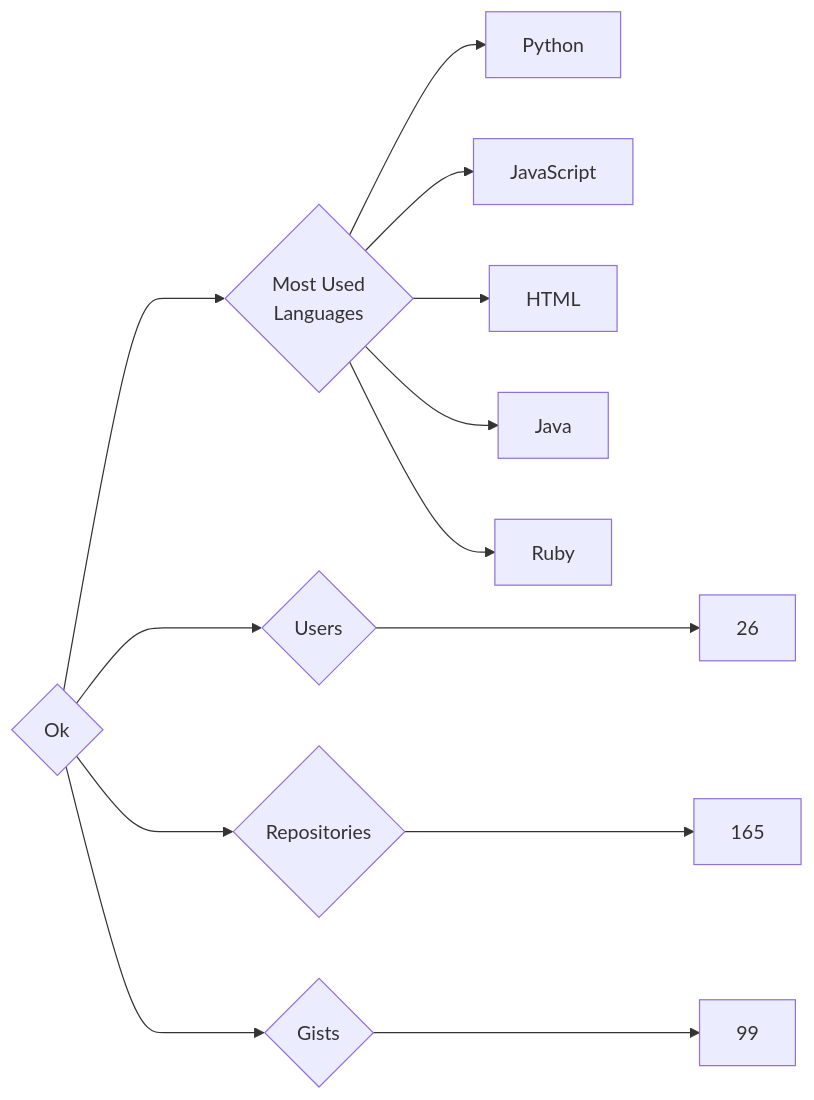
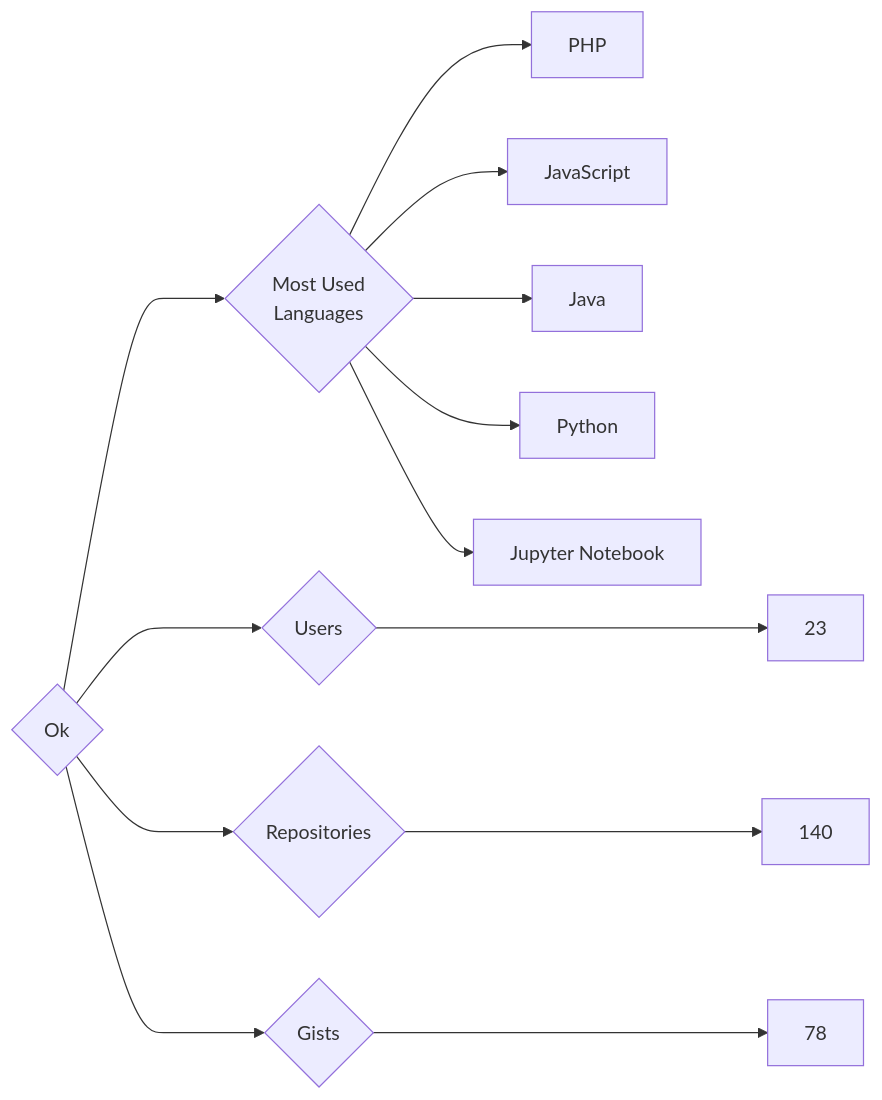
One commit to trickest/insiders changed the diagram in targets/Ok/README.md. Above: the diagram before and after it, drawn with Mermaid. The commit also changed 814 other files, not shown here.

````diff
--- a/targets/Ok/README.md
+++ b/targets/Ok/README.md
@@ -3,13 +3,13 @@
 ```mermaid
 graph LR
 COMPANY_NAME{Ok}
-COMPANY_NAME ---> U{Users} ---> UN[26]
-COMPANY_NAME ---> R{Repositories} ---> RN[165]
-COMPANY_NAME ---> G{Gists} ---> GN[99]
+COMPANY_NAME ---> U{Users} ---> UN[23]
+COMPANY_NAME ---> R{Repositories} ---> RN[140]
+COMPANY_NAME ---> G{Gists} ---> GN[78]
 COMPANY_NAME ---> ML{Most Used<br>Languages}
+ML --> PHP[PHP]
+ML --> JavaScript[JavaScript]
+ML --> Java[Java]
 ML --> Python[Python]
-ML --> JavaScript[JavaScript]
-ML --> HTML[HTML]
-ML --> Java[Java]
-ML --> Ruby[Ruby]
+ML --> Jupyter_Notebook[Jupyter Notebook]
 ```
````
